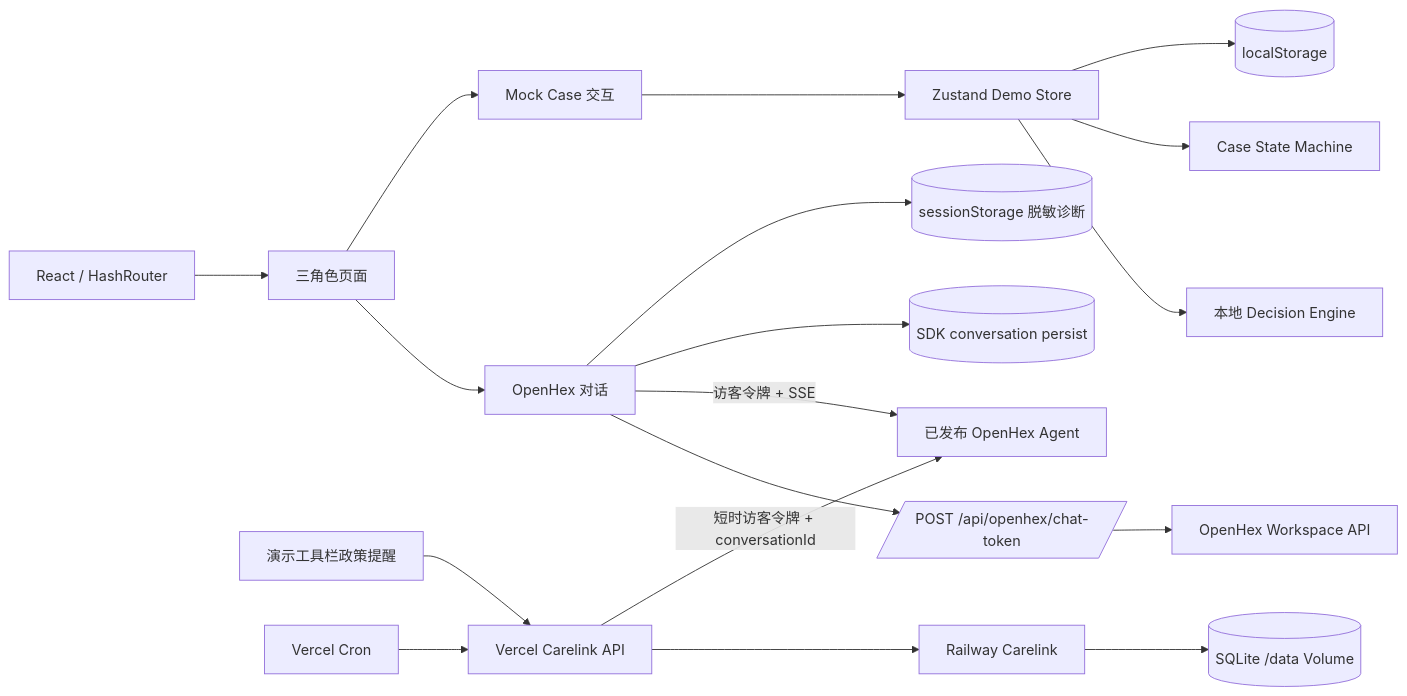
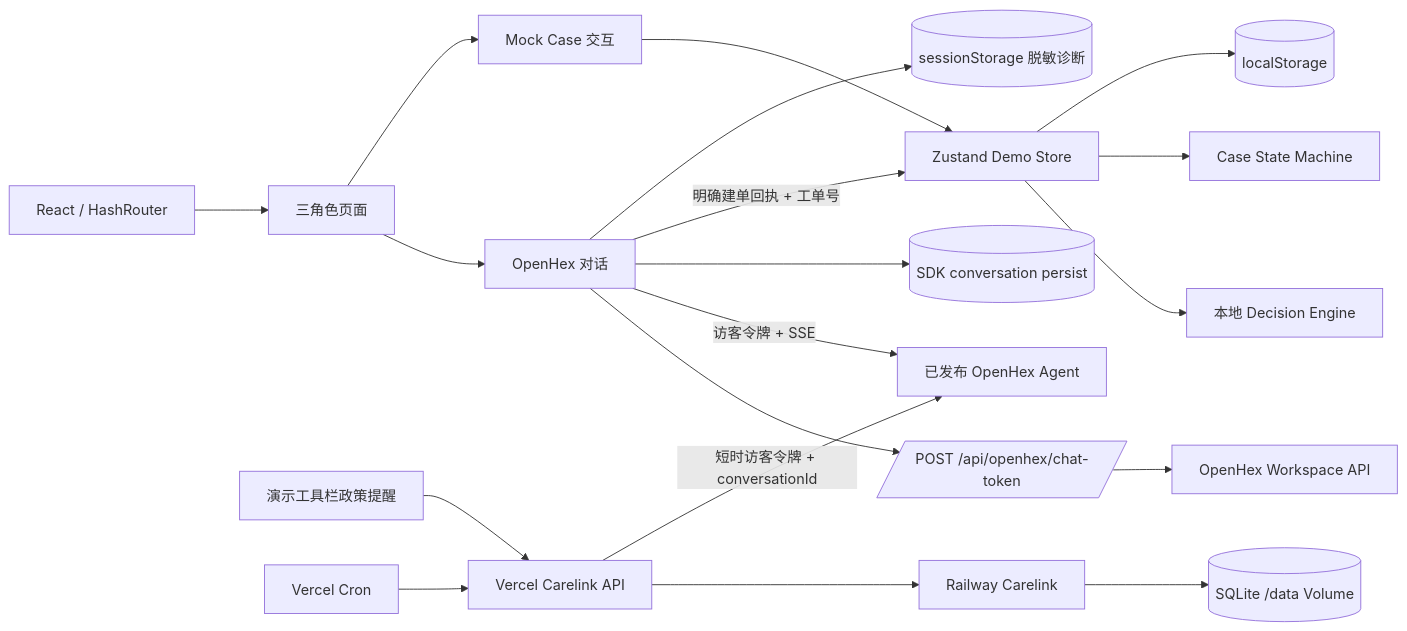
Before and after one commit to McdonaldsQueen/anxu-eldercare-demo: the first of 2 diagrams in docs/architecture.md, drawn with Mermaid. The commit also changed other lines of this file and 13 other files, not shown here.

````diff
--- a/docs/architecture.md
+++ b/docs/architecture.md
@@ -5,20 +5,21 @@
 ```mermaid
 flowchart LR
   Browser[React / HashRouter] --> Pages[三角色页面]
   Pages --> AgentUI[OpenHex 对话]
   Pages --> MockUI[Mock Case 交互]
   AgentUI --> Token[/POST /api/openhex/chat-token/]
   Token --> Workspace[OpenHex Workspace API]
   AgentUI -->|访客令牌 + SSE| Agent[已发布 OpenHex Agent]
   Toolbar[演示工具栏政策提醒] --> CareApi[Vercel Carelink API]
   Cron[Vercel Cron] --> CareApi
   CareApi --> Railway[Railway Carelink]
   Railway --> PolicyDB[(SQLite /data Volume)]
   CareApi -->|短时访客令牌 + conversationId| Agent
   MockUI --> Store[Zustand Demo Store]
   Store --> Decision[本地 Decision Engine]
   Store --> Machine[Case State Machine]
   Store --> Local[(localStorage)]
   AgentUI --> Session[(SDK conversation persist)]
+  AgentUI -->|明确建单回执 + 工单号| Store
   AgentUI --> Diagnostics[(sessionStorage 脱敏诊断)]
 ```
````
